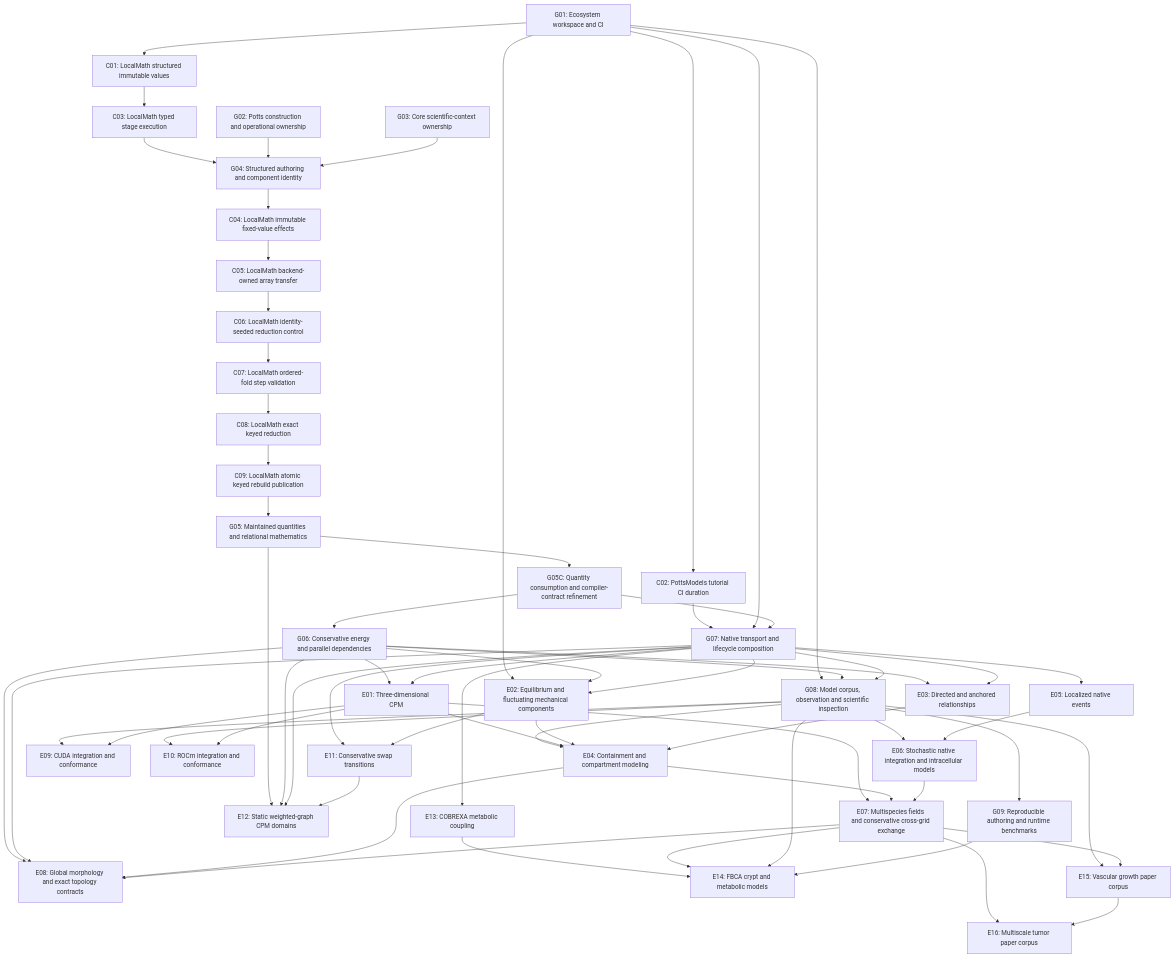
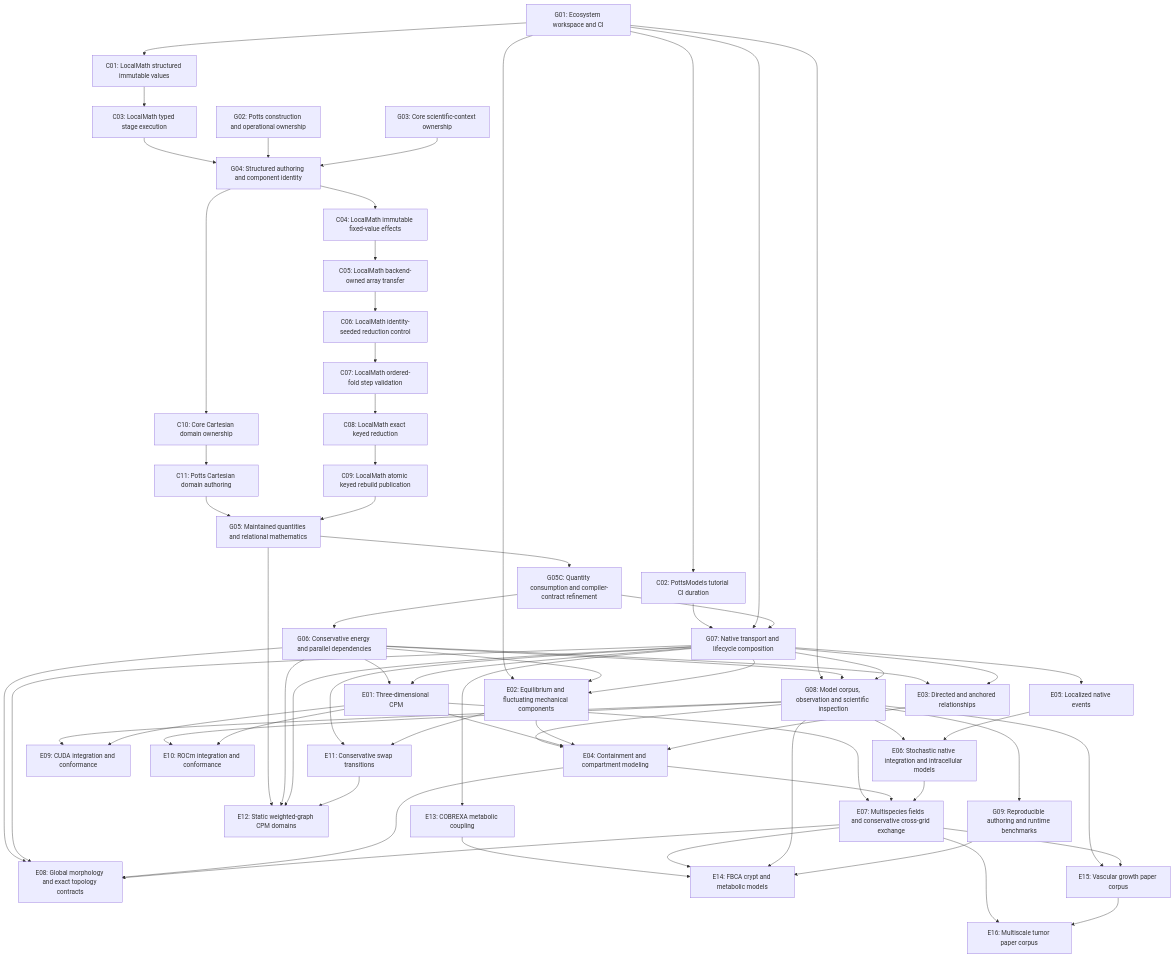
One commit to PraneethMerugu/Potts.jl changed the diagram in design/consolidated-pr-dependency-map.md. Above: the diagram before and after it, drawn with Mermaid. The commit also changed other lines of this file and 7 other files, not shown here.

Commit message:
Plan complete Cartesian domain ownership (#58)

```diff
--- a/design/consolidated-pr-dependency-map.md
+++ b/design/consolidated-pr-dependency-map.md
@@ -828,6 +887,8 @@
   C07["C07: LocalMath ordered-fold step validation"]
   C08["C08: LocalMath exact keyed reduction"]
   C09["C09: LocalMath atomic keyed rebuild publication"]
+  C10["C10: Core Cartesian domain ownership"]
+  C11["C11: Potts Cartesian domain authoring"]
   E01["E01: Three-dimensional CPM"]
   E02["E02: Equilibrium and fluctuating mechanical components"]
   E03["E03: Directed and anchored relationships"]
@@ -857,6 +918,9 @@
   C06 --> C07
   C07 --> C08
   C08 --> C09
+  G04 --> C10
+  C10 --> C11
+  C11 --> G05
   C09 --> G05
   G05 --> G05C
   G05C --> G06
```
